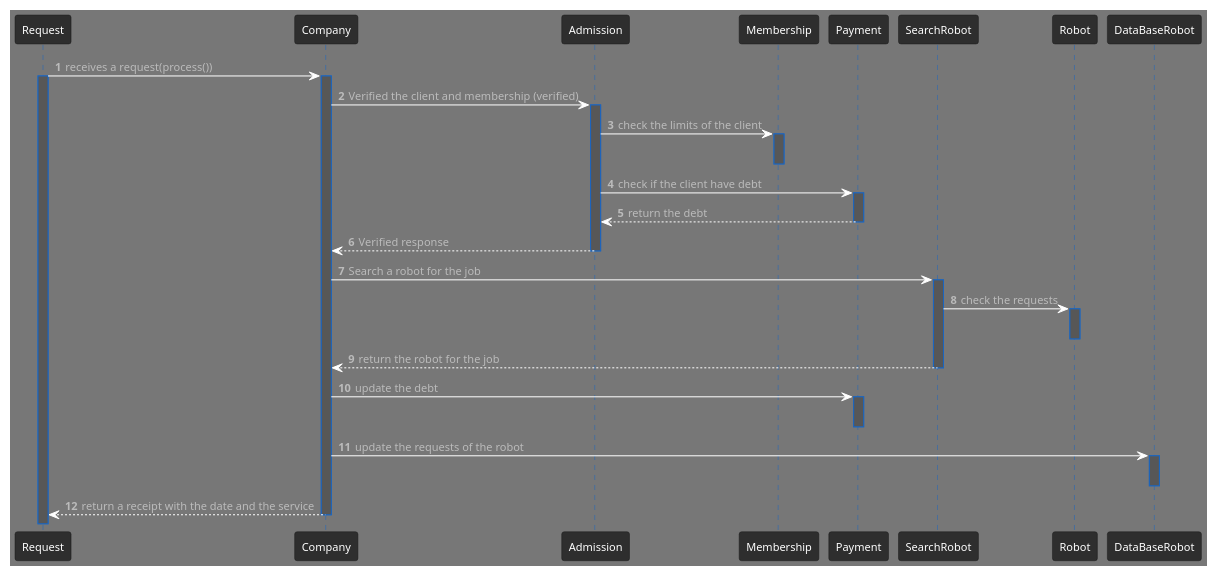
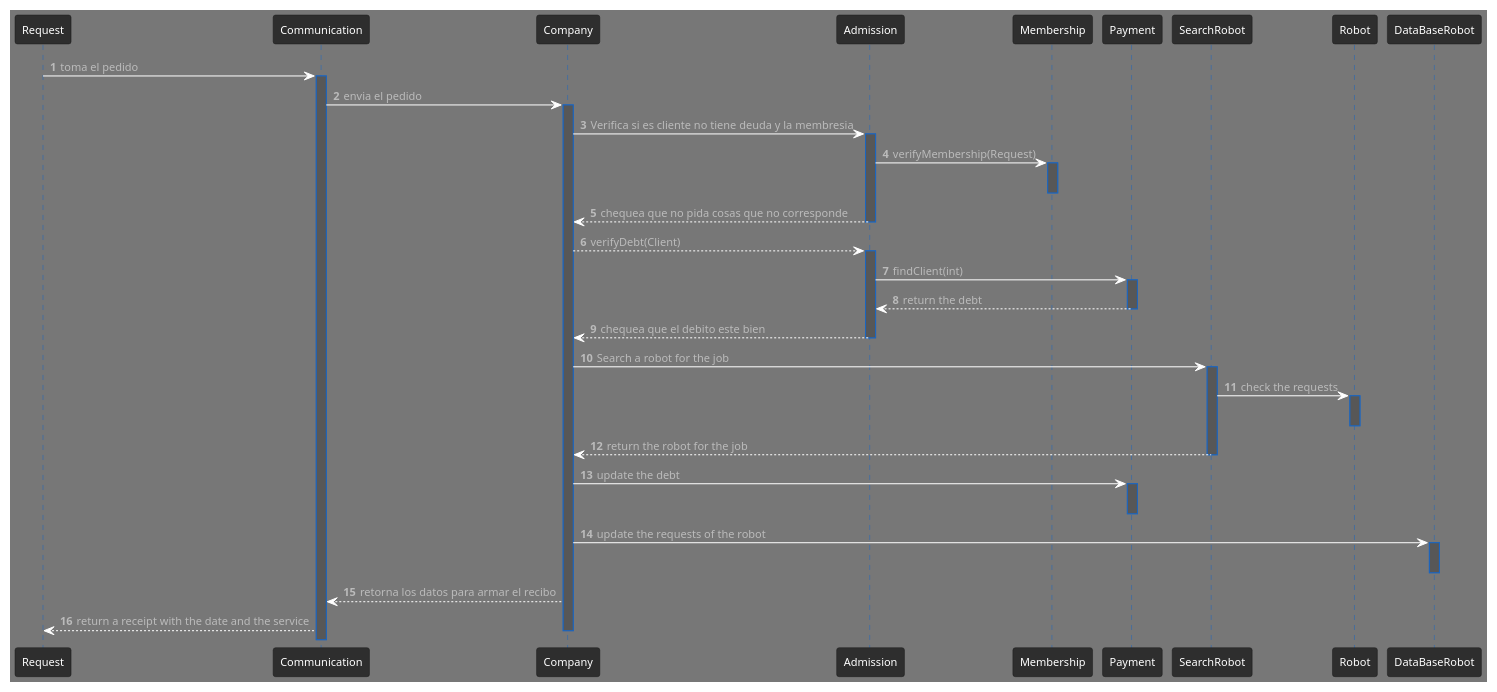
One commit to Grupo-3-Labo-y-prog/RobotsTP changed the diagram in src/Sequence1.puml. Above: the diagram before and after it, drawn with PlantUML. The commit also changed 1 other file, not shown here.

Commit message:
medificación del diagrama de secuencia :)

```diff
--- a/src/Sequence1.puml
+++ b/src/Sequence1.puml
@@ -1,48 +1,57 @@
 @startuml
 'https://plantuml.com/sequence-diagram
 
 !theme reddress-darkblue
 
 autonumber
+Request -> Communication: toma el pedido
+activate Communication
 
-Request -> Company: receives a request(process())
-activate Request
+Communication -> Company: envia el pedido
 activate Company
 
-Company -> Admission:  Verified the client and membership (verified)
+Company -> Admission:  Verifica si es cliente no tiene deuda y la membresia
 activate Admission
 
-Admission -> Membership: check the limits of the client
+Admission -> Membership: verifyMembership(Request)
 activate Membership
 deactivate Membership
 
-Admission -> Payment: check if the client have debt
+Admission --> Company: chequea que no pida cosas que no corresponde
+deactivate Admission
+
+Company --> Admission: verifyDebt(Client)
+activate Admission
+
+Admission -> Payment: findClient(int)
 activate Payment
 
 Payment --> Admission: return the debt
 deactivate Payment
 
-Admission --> Company: Verified response
+Admission --> Company: chequea que el debito este bien
 deactivate Admission
 
 Company -> SearchRobot: Search a robot for the job
 activate SearchRobot
 SearchRobot -> Robot:check the requests
 activate Robot
 deactivate Robot
 
 SearchRobot --> Company: return the robot for the job
 deactivate SearchRobot
 
 Company -> Payment: update the debt
 activate Payment
 deactivate Payment
 
 Company -> DataBaseRobot: update the requests of the robot
 activate DataBaseRobot
 deactivate DataBaseRobot
 
-Company --> Request: return a receipt with the date and the service
+Company --> Communication: retorna los datos para armar el recibo
+
+Communication --> Request: return a receipt with the date and the service
 deactivate Company
 
 @enduml
```
